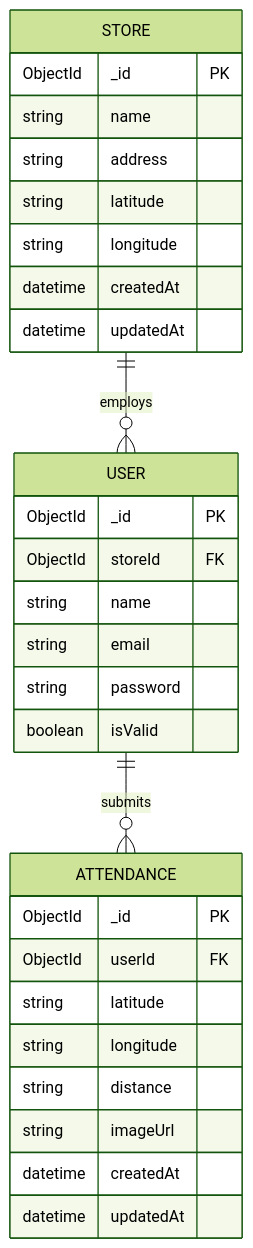
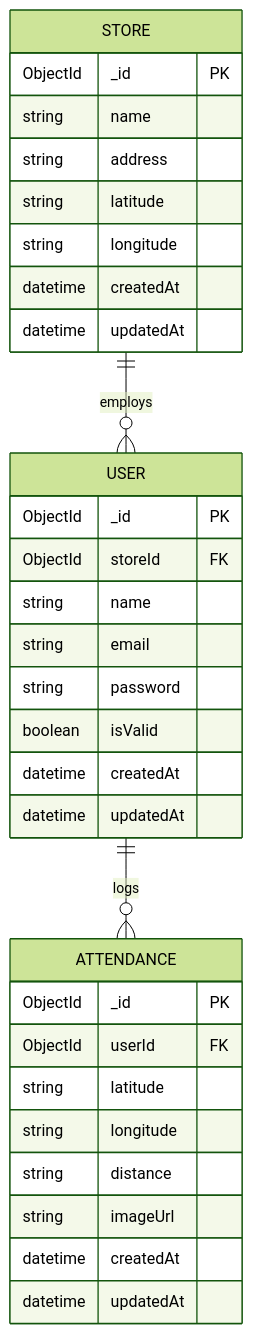
One commit to masanthimanshu/hrms-backend changed the diagram in README.md. Above: the diagram before and after it, drawn with Mermaid (forest theme). The commit also changed other lines of this file and 9 other files, not shown here.

````diff
--- a/README.md
+++ b/README.md
@@ -89,35 +94,37 @@
 ```mermaid
 erDiagram
     STORE ||--o{ USER : "employs"
-    USER ||--o{ ATTENDANCE : "submits"
+    USER ||--o{ ATTENDANCE : "logs"
 
     STORE {
         ObjectId _id PK
         string name
         string address
         string latitude
         string longitude
         datetime createdAt
         datetime updatedAt
     }
 
     USER {
         ObjectId _id PK
         ObjectId storeId FK
         string name
         string email
         string password
         boolean isValid
+        datetime createdAt
+        datetime updatedAt
     }
 
     ATTENDANCE {
         ObjectId _id PK
         ObjectId userId FK
         string latitude
         string longitude
         string distance
         string imageUrl
         datetime createdAt
         datetime updatedAt
     }
 ```
````
